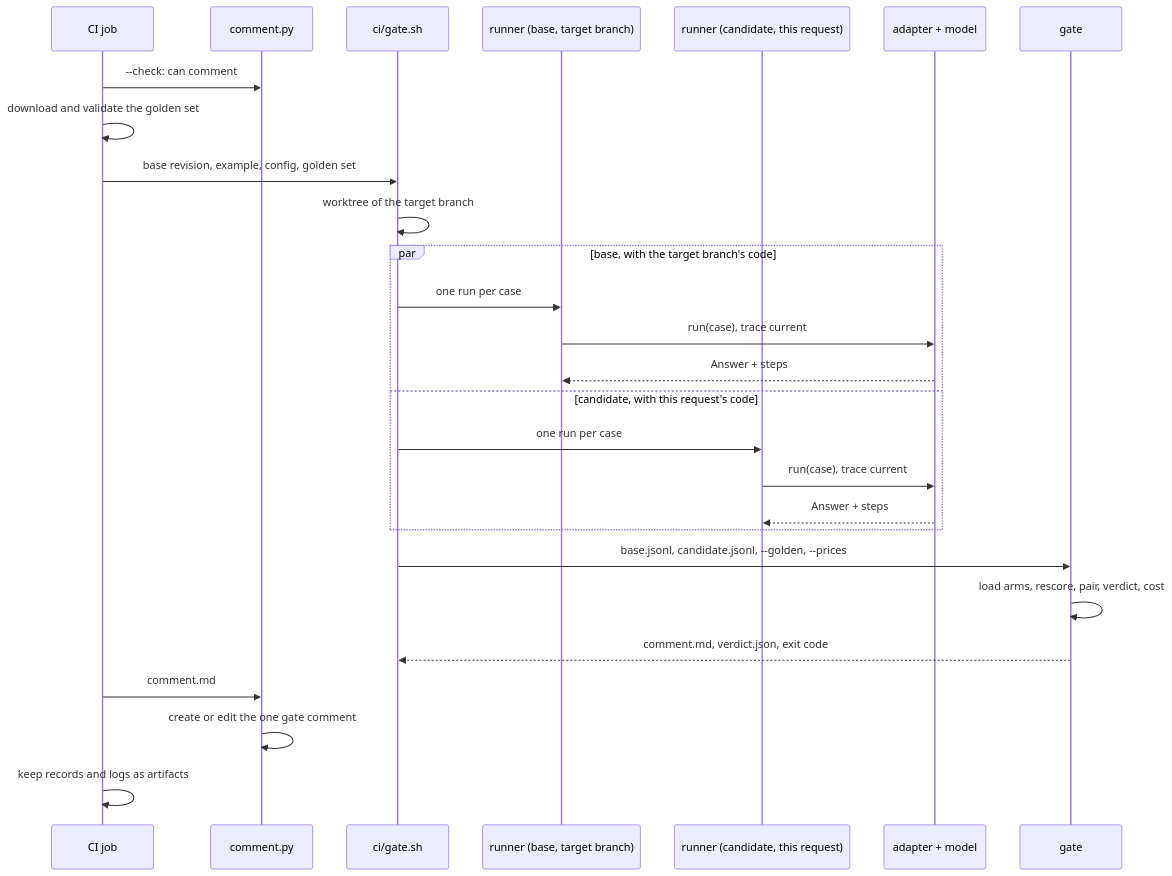
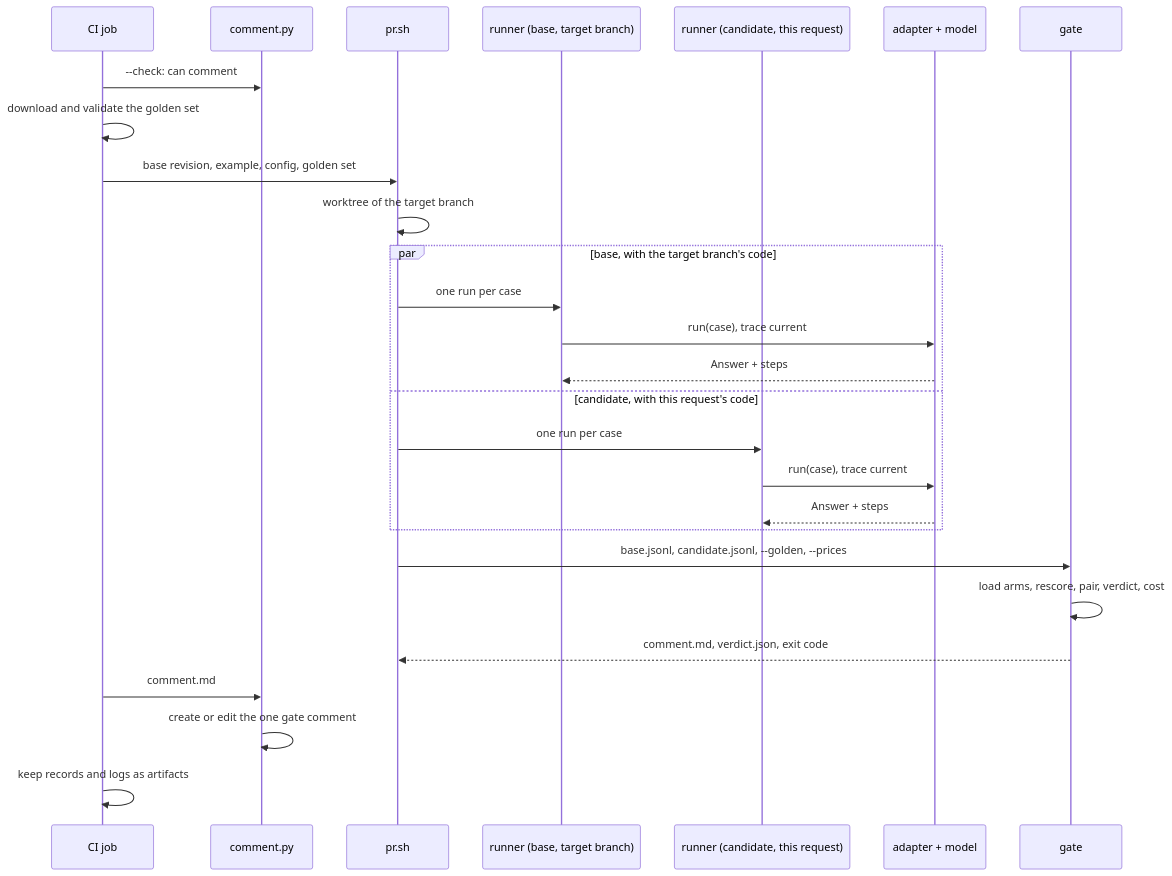
One commit to Ilya-Grigoryev/llm-release-gate changed the second of 2 diagrams in docs/design.md. Above: the diagram before and after it, drawn with Mermaid. The commit also changed other lines of this file and 84 other files, not shown here.

````diff
--- a/docs/design.md
+++ b/docs/design.md
@@ -209,29 +210,29 @@
 ```mermaid
 sequenceDiagram
     participant CI as CI job
     participant C as comment.py
-    participant SH as ci/gate.sh
+    participant SH as pr.sh
     participant RB as runner (base, target branch)
     participant RC as runner (candidate, this request)
     participant AD as adapter + model
     participant G as gate
     CI->>C: --check: can comment
     CI->>CI: download and validate the golden set
     CI->>SH: base revision, example, config, golden set
     SH->>SH: worktree of the target branch
     par base, with the target branch's code
         SH->>RB: one run per case
         RB->>AD: run(case), trace current
         AD-->>RB: Answer + steps
     and candidate, with this request's code
         SH->>RC: one run per case
         RC->>AD: run(case), trace current
         AD-->>RC: Answer + steps
     end
     SH->>G: base.jsonl, candidate.jsonl, --golden, --prices
     G->>G: load arms, rescore, pair, verdict, cost
     G-->>SH: comment.md, verdict.json, exit code
     CI->>C: comment.md
     C->>C: create or edit the one gate comment
     CI->>CI: keep records and logs as artifacts
 ```
````
